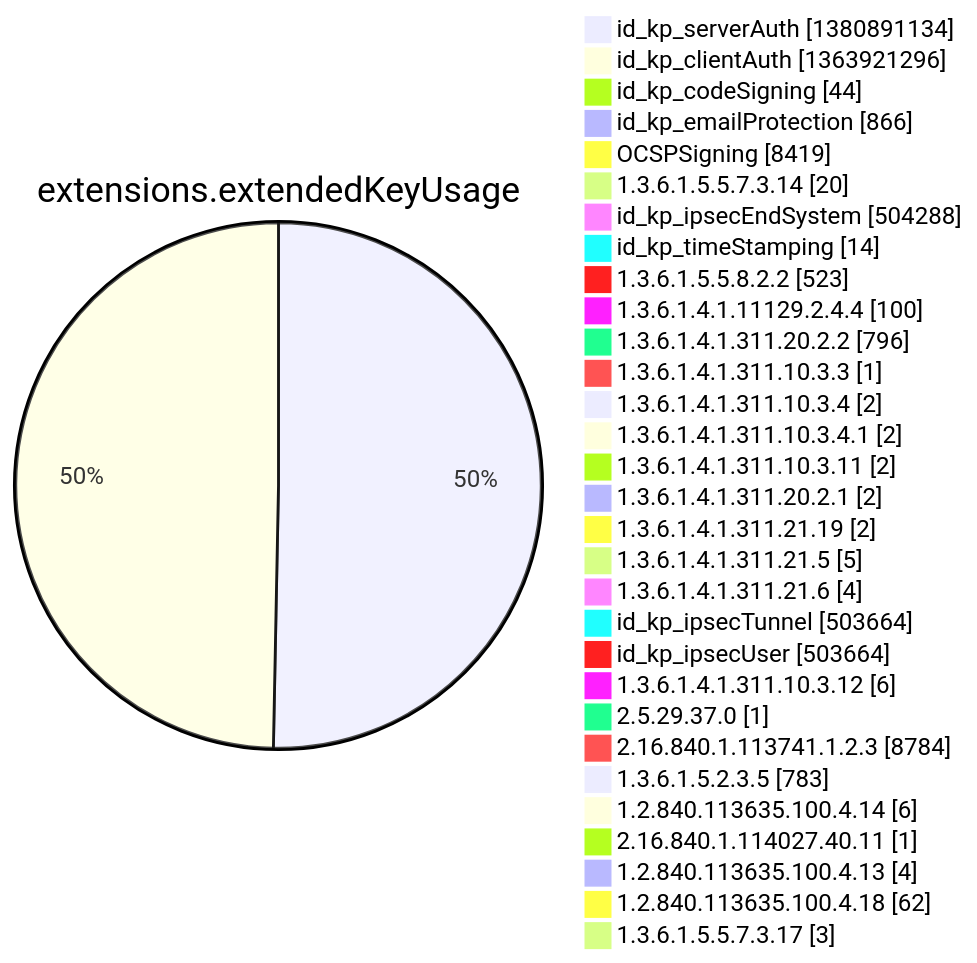
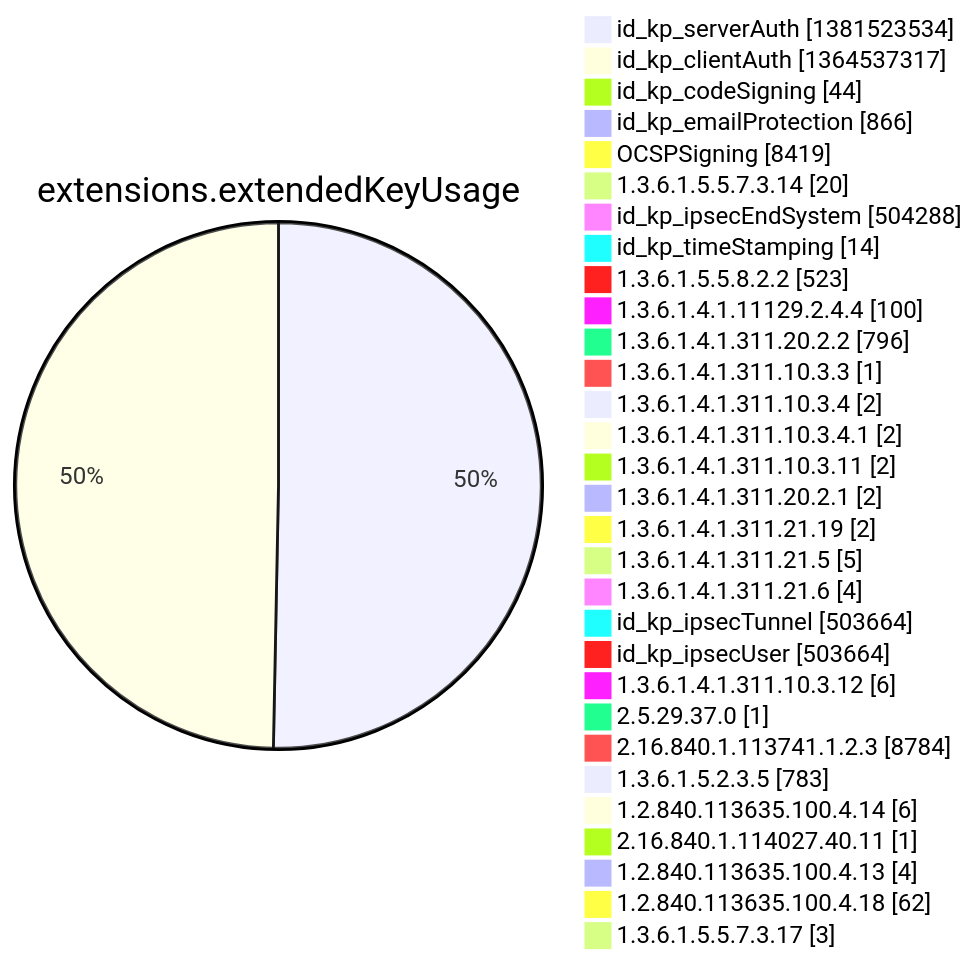
Before and after one commit to christiankrug/ctmonitor_visualization: diagram 12 of 15 in argon2022/README.md, drawn with Mermaid. The commit also changed other lines of this file, not shown here.

````diff
--- a/argon2022/README.md
+++ b/argon2022/README.md
@@ -3554,34 +3554,34 @@
 ```mermaid
 pie showData
 title extensions.extendedKeyUsage
-"id_kp_serverAuth" :1380891134
-"id_kp_clientAuth" :1363921296
+"id_kp_serverAuth" :1381523534
+"id_kp_clientAuth" :1364537317
 "id_kp_codeSigning" :44
 "id_kp_emailProtection" :866
 "OCSPSigning" :8419
 "1.3.6.1.5.5.7.3.14" :20
 "id_kp_ipsecEndSystem" :504288
 "id_kp_timeStamping" :14
 "1.3.6.1.5.5.8.2.2" :523
 "1.3.6.1.4.1.11129.2.4.4" :100
 "1.3.6.1.4.1.311.20.2.2" :796
 "1.3.6.1.4.1.311.10.3.3" :1
 "1.3.6.1.4.1.311.10.3.4" :2
 "1.3.6.1.4.1.311.10.3.4.1" :2
 "1.3.6.1.4.1.311.10.3.11" :2
 "1.3.6.1.4.1.311.20.2.1" :2
 "1.3.6.1.4.1.311.21.19" :2
 "1.3.6.1.4.1.311.21.5" :5
 "1.3.6.1.4.1.311.21.6" :4
 "id_kp_ipsecTunnel" :503664
 "id_kp_ipsecUser" :503664
 "1.3.6.1.4.1.311.10.3.12" :6
 "2.5.29.37.0" :1
 "2.16.840.1.113741.1.2.3" :8784
 "1.3.6.1.5.2.3.5" :783
 "1.2.840.113635.100.4.14" :6
 "2.16.840.1.114027.40.11" :1
 "1.2.840.113635.100.4.13" :4
 "1.2.840.113635.100.4.18" :62
 "1.3.6.1.5.5.7.3.17" :3
 ```
````
